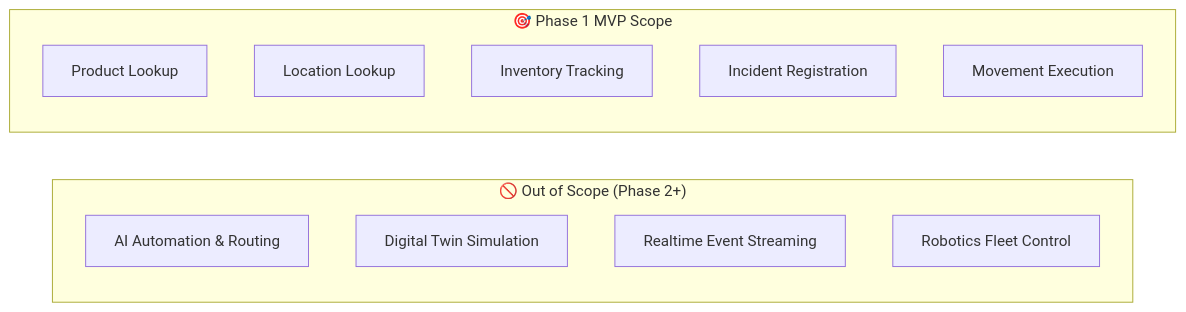
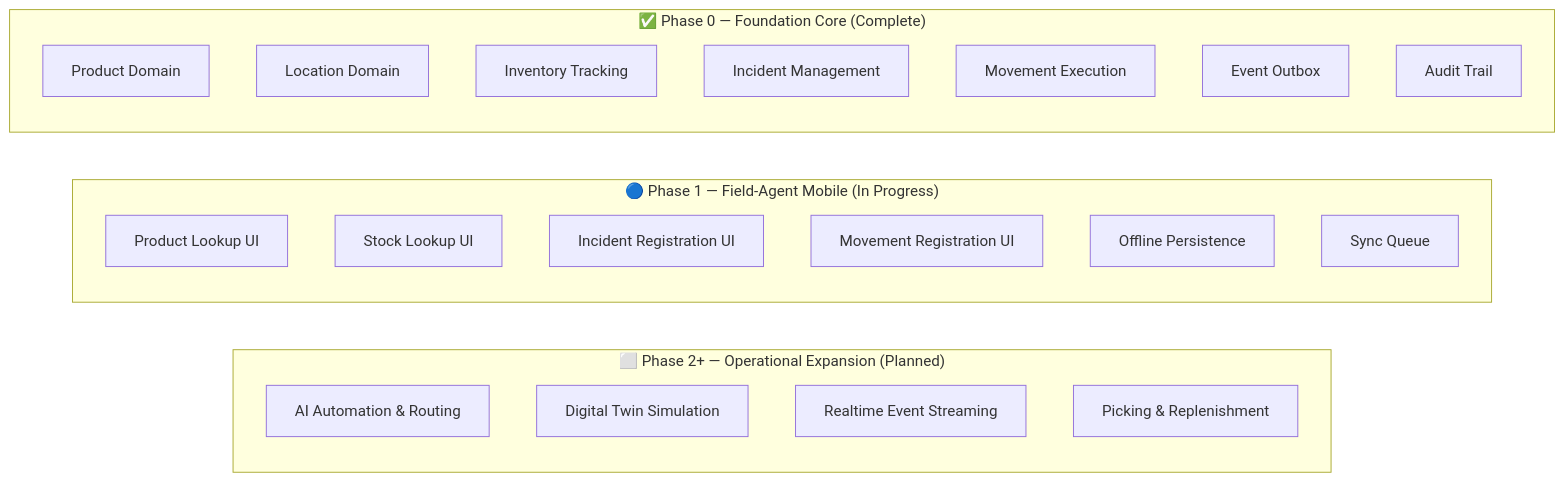
Before and after one commit to h-builds/nexus-wms: the fifth of 5 diagrams in README.md, drawn with Mermaid. The commit also changed other lines of this file and 1 other file, not shown here.

Commit message:
docs: update project roadmap to reflect Phase 0 completion and initiate Phase 1 Field-Agent Mobile development

````diff
--- a/README.md
+++ b/README.md
@@ -137,21 +157,34 @@
 ```mermaid
 flowchart TB
-    subgraph MVP ["🎯 Phase 1 MVP Scope"]
+    subgraph Phase0 ["✅ Phase 0 — Foundation Core (Complete)"]
         direction TB
-        P["Product Lookup"]
-        L["Location Lookup"]
+        P["Product Domain"]
+        L["Location Domain"]
         I["Inventory Tracking"]
-        IR["Incident Registration"]
+        IR["Incident Management"]
         MT["Movement Execution"]
+        EV["Event Outbox"]
+        AU["Audit Trail"]
     end
 
-    subgraph FutureScope ["🚫 Out of Scope (Phase 2+)"]
+    subgraph Phase1 ["🔵 Phase 1 — Field-Agent Mobile (In Progress)"]
+        direction TB
+        PL["Product Lookup UI"]
+        SL["Stock Lookup UI"]
+        IReg["Incident Registration UI"]
+        MReg["Movement Registration UI"]
+        OFF["Offline Persistence"]
+        SYN["Sync Queue"]
+    end
+
+    subgraph FutureScope ["⬜ Phase 2+ — Operational Expansion (Planned)"]
         direction TB
         AI["AI Automation & Routing"]
         DT["Digital Twin Simulation"]
         RE["Realtime Event Streaming"]
-        ROB["Robotics Fleet Control"]
+        PK["Picking & Replenishment"]
     end
 
-    MVP ~~~ FutureScope
+    Phase0 ~~~ Phase1
+    Phase1 ~~~ FutureScope
 ```
````
